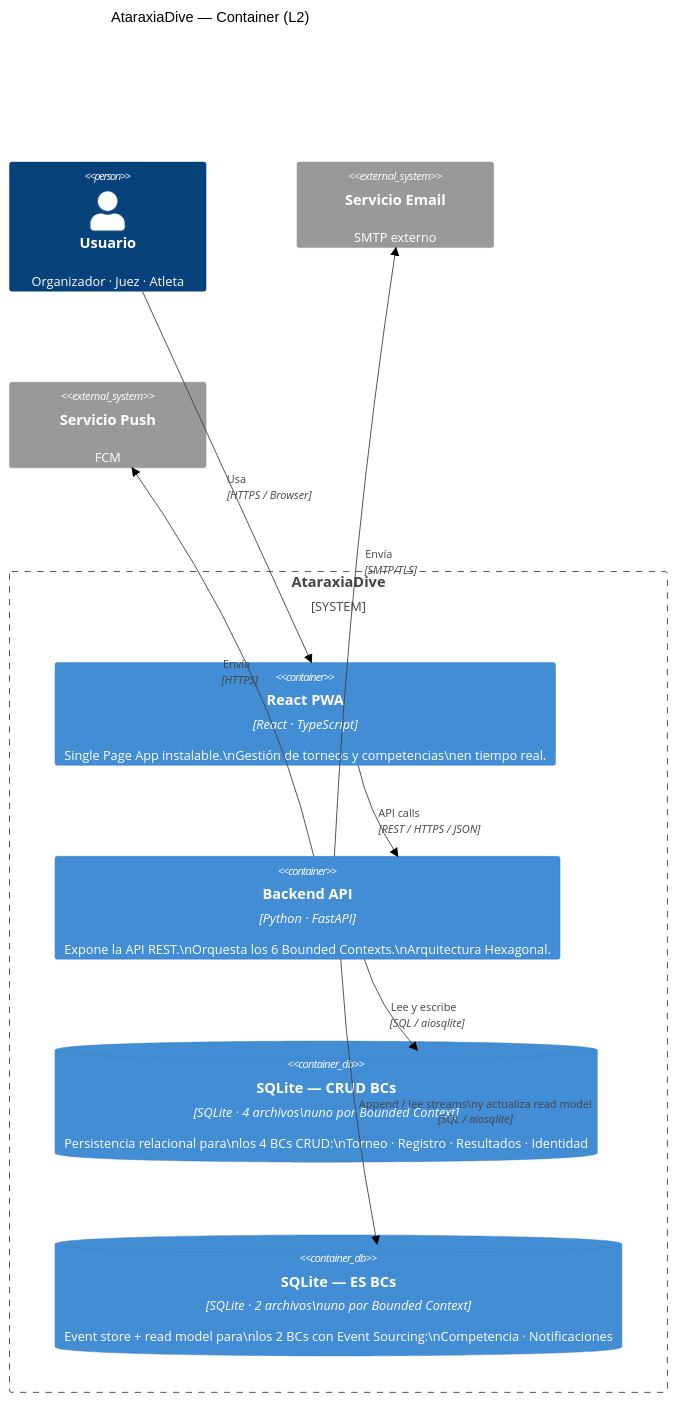
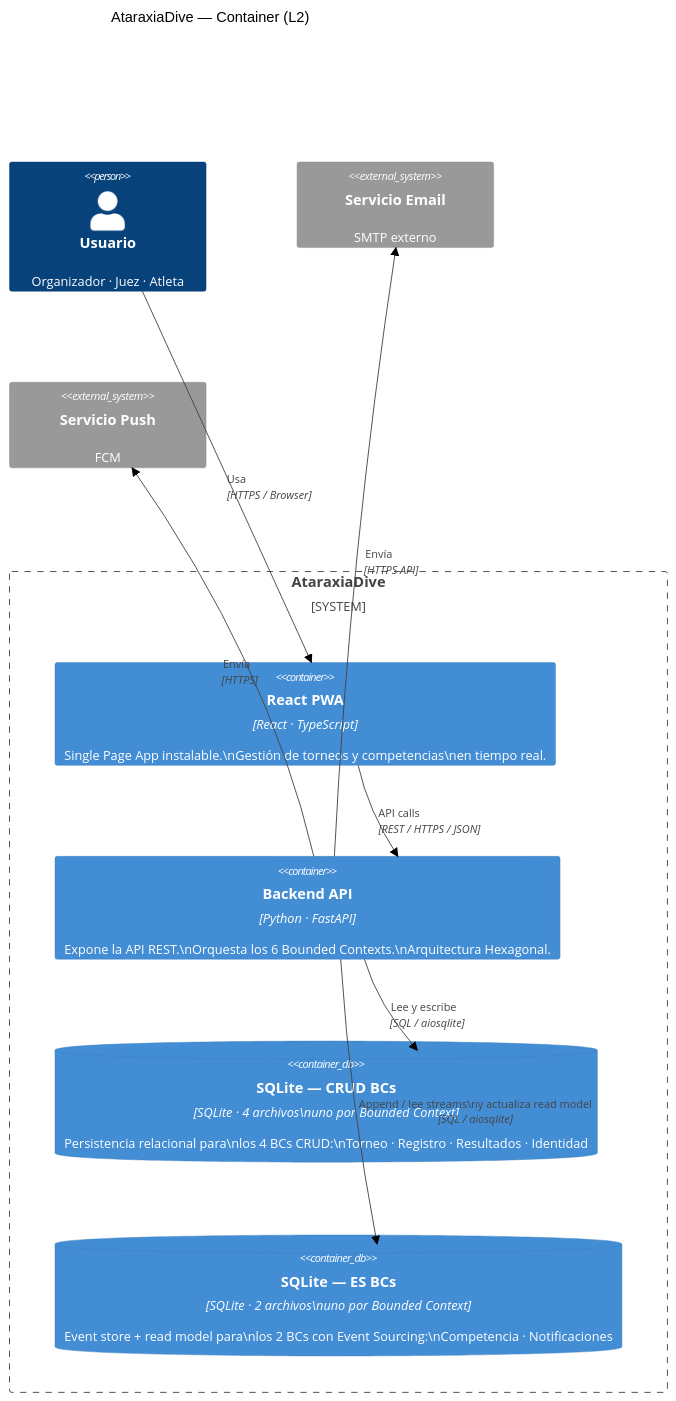
Before and after one commit to vvalotto/ataraxiadive: the second of 5 diagrams in docs/design/architecture.md, drawn with Mermaid (forest theme). The commit also changed other lines of this file and 16 other files, not shown here.

````diff
--- a/docs/design/architecture.md
+++ b/docs/design/architecture.md
@@ -67,28 +67,28 @@
 ```mermaid
 C4Container
     title AtaraxiaDive — Container (L2)
 
     Person(usuario, "Usuario", "Organizador · Juez · Atleta")
 
     System_Boundary(ataraxia, "AtaraxiaDive") {
         Container(spa, "React PWA", "React · TypeScript", "Single Page App instalable.\nGestión de torneos y competencias\nen tiempo real.")
 
         Container(api, "Backend API", "Python · FastAPI", "Expone la API REST.\nOrquesta los 6 Bounded Contexts.\nArquitectura Hexagonal.")
 
         ContainerDb(sqlite_crud, "SQLite — CRUD BCs", "SQLite · 4 archivos\nuno por Bounded Context", "Persistencia relacional para\nlos 4 BCs CRUD:\nTorneo · Registro · Resultados · Identidad")
 
         ContainerDb(sqlite_es, "SQLite — ES BCs", "SQLite · 2 archivos\nuno por Bounded Context", "Event store + read model para\nlos 2 BCs con Event Sourcing:\nCompetencia · Notificaciones")
     }
 
     System_Ext(email, "Servicio Email", "SMTP externo")
     System_Ext(push, "Servicio Push", "FCM")
 
     Rel(usuario, spa, "Usa", "HTTPS / Browser")
     Rel(spa, api, "API calls", "REST / HTTPS / JSON")
     Rel(api, sqlite_crud, "Lee y escribe", "SQL / aiosqlite")
     Rel(api, sqlite_es, "Append / lee streams\ny actualiza read model", "SQL / aiosqlite")
-    Rel(api, email, "Envía", "SMTP/TLS")
+    Rel(api, email, "Envía", "HTTPS API")
     Rel(api, push, "Envía", "HTTPS")
 
     UpdateLayoutConfig($c4ShapeInRow="2", $c4BoundaryInRow="1")
 ```
````
